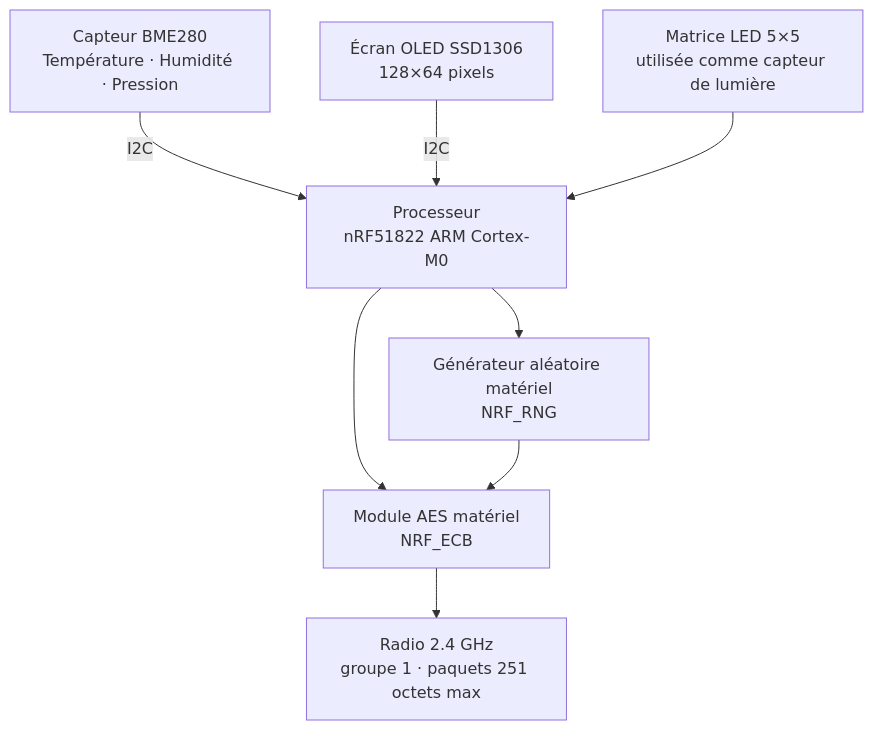
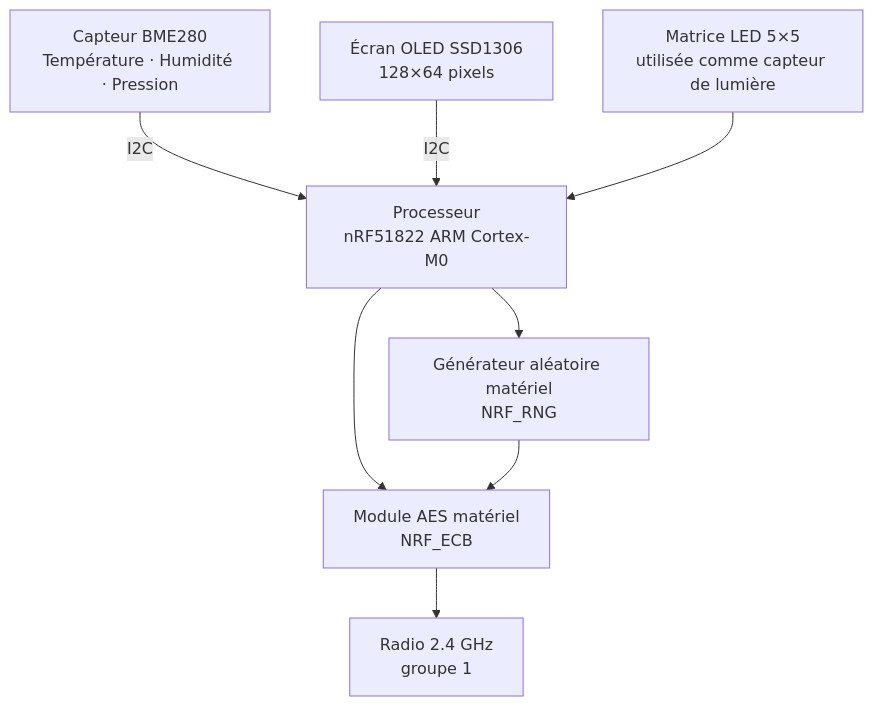
One commit to QuentinBastos/iot-project changed the fifth of 10 diagrams in RAPPORT.md. Above: the diagram before and after it, drawn with Mermaid. The commit also changed other lines of this file, not shown here.

````diff
--- a/RAPPORT.md
+++ b/RAPPORT.md
@@ -136,18 +136,18 @@
 ```mermaid
 graph TD
     CPU["Processeur\nnRF51822 ARM Cortex-M0"]
     BME["Capteur BME280\nTempérature · Humidité · Pression"]
     OLED_H["Écran OLED SSD1306\n128×64 pixels"]
     LED_H["Matrice LED 5×5\nutilisée comme capteur de lumière"]
     ECB_H["Module AES matériel\nNRF_ECB"]
     RNG_H["Générateur aléatoire matériel\nNRF_RNG"]
-    RADIO_H["Radio 2.4 GHz\ngroupe 1 · paquets 251 octets max"]
+    RADIO_H["Radio 2.4 GHz\ngroupe 1"]
 
     BME -- "I2C" --> CPU
     OLED_H -- "I2C" --> CPU
     LED_H --> CPU
     CPU --> ECB_H
     CPU --> RNG_H
     RNG_H --> ECB_H
     ECB_H --> RADIO_H
 ```
````
